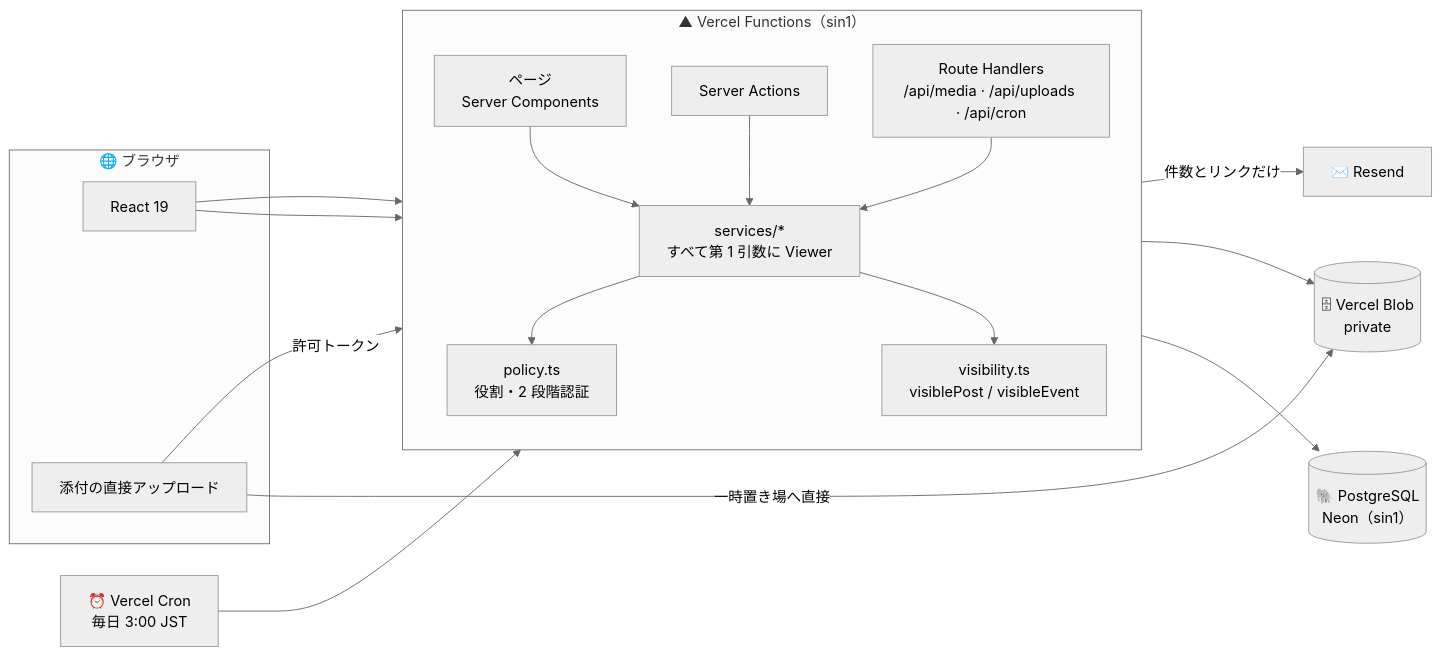
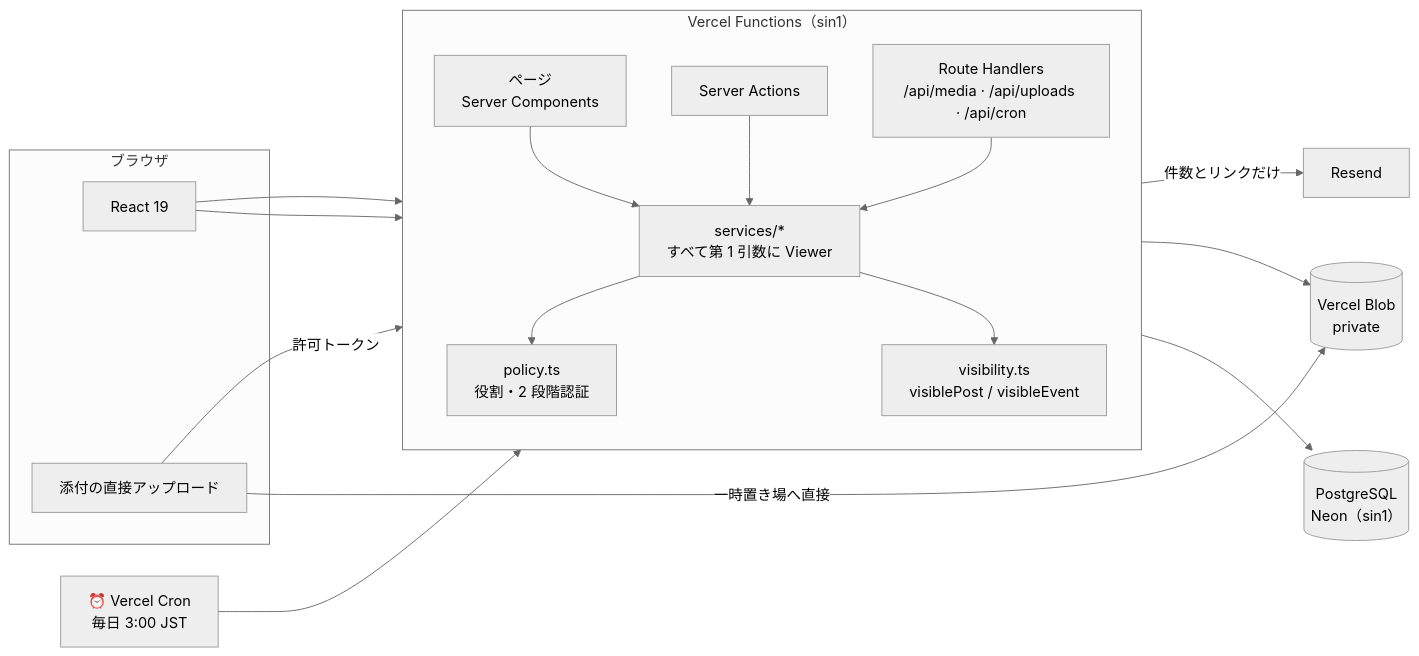
Before and after one commit to bright-broom/HeyHey: the first of 10 diagrams in README.md, drawn with Mermaid (neutral theme). The commit also changed other lines of this file, not shown here.

````diff
--- a/README.md
+++ b/README.md
@@ -88,36 +88,36 @@
 ```mermaid
 flowchart LR
-    subgraph Browser["🌐 ブラウザ"]
+    subgraph Browser["ブラウザ"]
         UI["React 19"]
         UP["添付の直接アップロード"]
     end
 
-    subgraph Vercel["▲ Vercel Functions（sin1）"]
+    subgraph Vercel["Vercel Functions（sin1）"]
         direction TB
         RSC["ページ<br/>Server Components"]
         SA["Server Actions"]
         RH["Route Handlers<br/>/api/media · /api/uploads · /api/cron"]
         SVC["services/*<br/>すべて第 1 引数に Viewer"]
         POL["policy.ts<br/>役割・2 段階認証"]
         VIS["visibility.ts<br/>visiblePost / visibleEvent"]
         RSC --> SVC
         SA --> SVC
         RH --> SVC
         SVC --> POL
         SVC --> VIS
     end
 
-    DB[("🐘 PostgreSQL<br/>Neon（sin1）")]
-    BLOB[("🗄 Vercel Blob<br/>private")]
-    MAIL["✉️ Resend"]
+    DB[("PostgreSQL<br/>Neon（sin1）")]
+    BLOB[("Vercel Blob<br/>private")]
+    MAIL["Resend"]
     CRON["⏰ Vercel Cron<br/>毎日 3:00 JST"]
 
     UI --> RSC
     UI --> SA
     UP -- "許可トークン" --> RH
     UP -- "一時置き場へ直接" --> BLOB
     VIS --> DB
     SVC --> BLOB
     SVC -- "件数とリンクだけ" --> MAIL
     CRON --> RH
 ```
````
